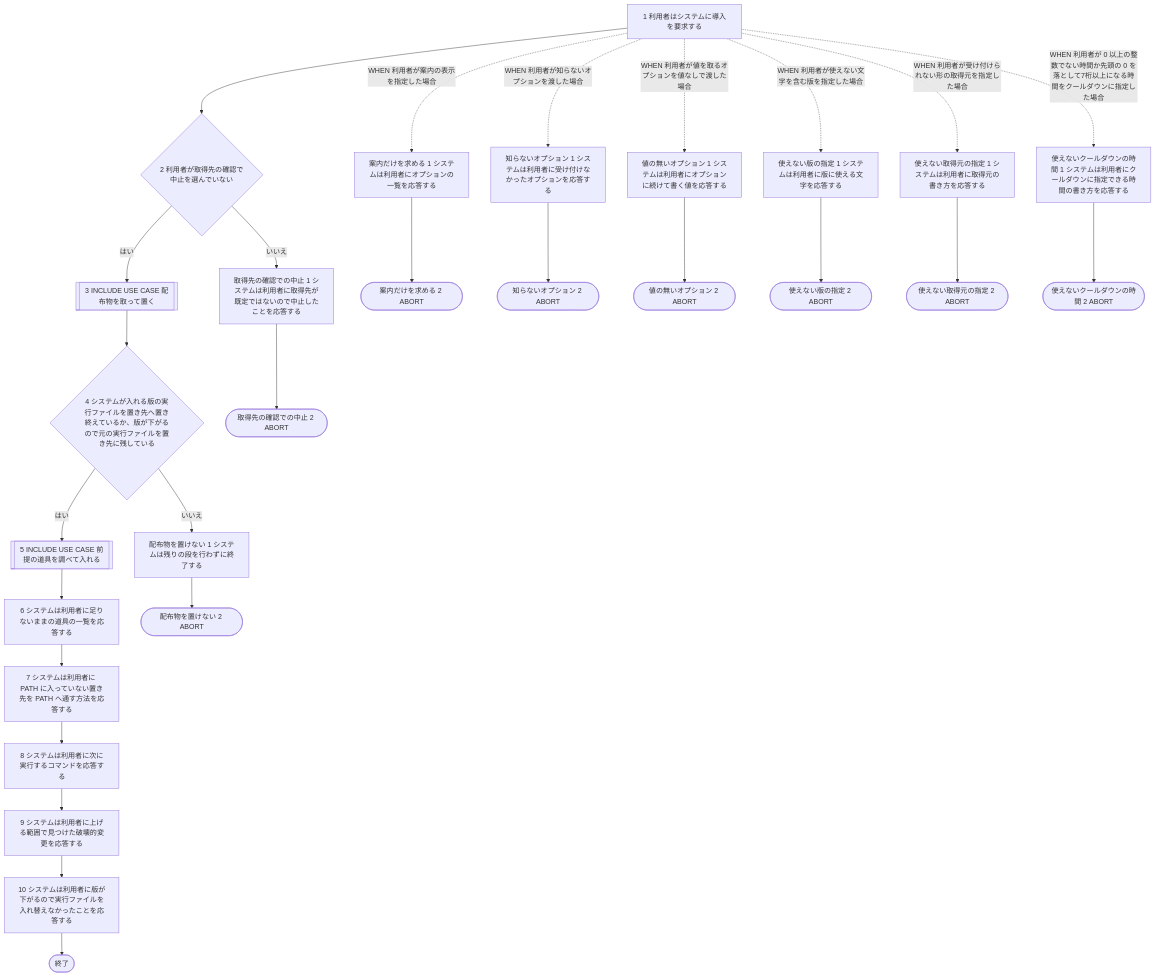
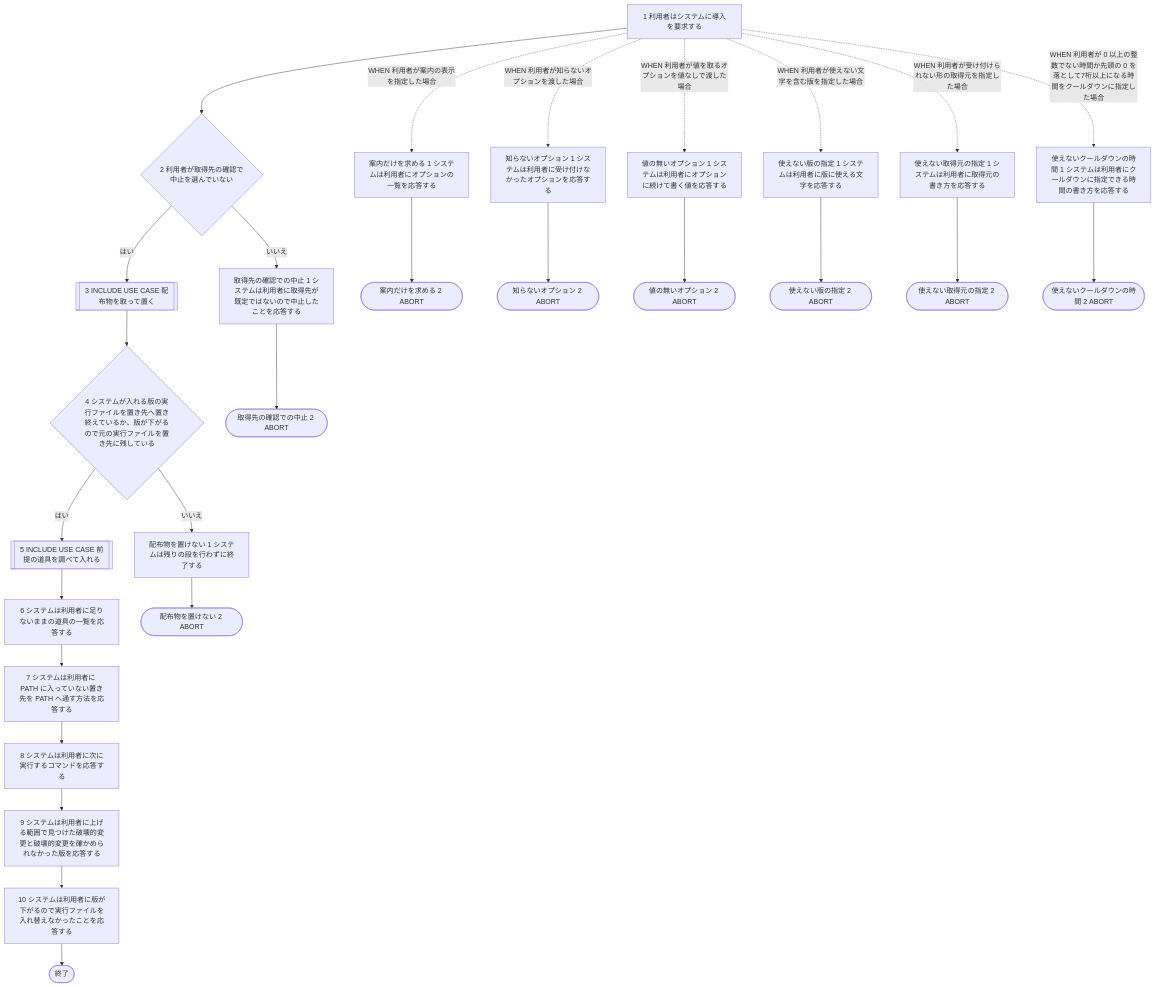
The first of 2 diagrams in docs/spec/usecases/particular_case/continuoを入れる.rucm.md (maimuzo/continuo), drawn with Mermaid before and after one commit. The commit also changed other lines of this file and 16 other files, not shown here.

````diff
--- a/docs/spec/usecases/particular_case/continuoを入れる.rucm.md
+++ b/docs/spec/usecases/particular_case/continuoを入れる.rucm.md
@@ -153,55 +153,55 @@
 ```mermaid
 flowchart TD
     BS1["1 利用者はシステムに導入を要求する"]
     BS2{"2 利用者が取得先の確認で中止を選んでいない"}
     BS3[["3 INCLUDE USE CASE 配布物を取って置く"]]
     BS4{"4 システムが入れる版の実行ファイルを置き先へ置き終えているか、版が下がるので元の実行ファイルを置き先に残している"}
     BS5[["5 INCLUDE USE CASE 前提の道具を調べて入れる"]]
     BS6["6 システムは利用者に足りないままの道具の一覧を応答する"]
     BS7["7 システムは利用者に PATH に入っていない置き先を PATH へ通す方法を応答する"]
     BS8["8 システムは利用者に次に実行するコマンドを応答する"]
-    BS9["9 システムは利用者に上げる範囲で見つけた破壊的変更を応答する"]
+    BS9["9 システムは利用者に上げる範囲で見つけた破壊的変更と破壊的変更を確かめられなかった版を応答する"]
     BS10["10 システムは利用者に版が下がるので実行ファイルを入れ替えなかったことを応答する"]
     A1S1["取得先の確認での中止 1 システムは利用者に取得先が既定ではないので中止したことを応答する"]
     A1S2(["取得先の確認での中止 2 ABORT"])
     A2S1["配布物を置けない 1 システムは残りの段を行わずに終了する"]
     A2S2(["配布物を置けない 2 ABORT"])
     A3S1["案内だけを求める 1 システムは利用者にオプションの一覧を応答する"]
     A3S2(["案内だけを求める 2 ABORT"])
     A4S1["知らないオプション 1 システムは利用者に受け付けなかったオプションを応答する"]
     A4S2(["知らないオプション 2 ABORT"])
     A5S1["値の無いオプション 1 システムは利用者にオプションに続けて書く値を応答する"]
     A5S2(["値の無いオプション 2 ABORT"])
     A6S1["使えない版の指定 1 システムは利用者に版に使える文字を応答する"]
     A6S2(["使えない版の指定 2 ABORT"])
     A7S1["使えない取得元の指定 1 システムは利用者に取得元の書き方を応答する"]
     A7S2(["使えない取得元の指定 2 ABORT"])
     A8S1["使えないクールダウンの時間 1 システムは利用者にクールダウンに指定できる時間の書き方を応答する"]
     A8S2(["使えないクールダウンの時間 2 ABORT"])
     BS1 --> BS2
     BS1 -. "WHEN 利用者が案内の表示を指定した場合" .-> A3S1
     BS1 -. "WHEN 利用者が知らないオプションを渡した場合" .-> A4S1
     BS1 -. "WHEN 利用者が値を取るオプションを値なしで渡した場合" .-> A5S1
     BS1 -. "WHEN 利用者が使えない文字を含む版を指定した場合" .-> A6S1
     BS1 -. "WHEN 利用者が受け付けられない形の取得元を指定した場合" .-> A7S1
     BS1 -. "WHEN 利用者が 0 以上の整数でない時間か先頭の 0 を落として7桁以上になる時間をクールダウンに指定した場合" .-> A8S1
     BS2 -- はい --> BS3
     BS2 -- いいえ --> A1S1
     BS3 --> BS4
     BS4 -- はい --> BS5
     BS4 -- いいえ --> A2S1
     BS5 --> BS6
     BS6 --> BS7
     BS7 --> BS8
     BS8 --> BS9
     BS9 --> BS10
     A1S1 --> A1S2
     A2S1 --> A2S2
     A3S1 --> A3S2
     A4S1 --> A4S2
     A5S1 --> A5S2
     A6S1 --> A6S2
     A7S1 --> A7S2
     A8S1 --> A8S2
     BS10 --> END(["終了"])
 ```
````
